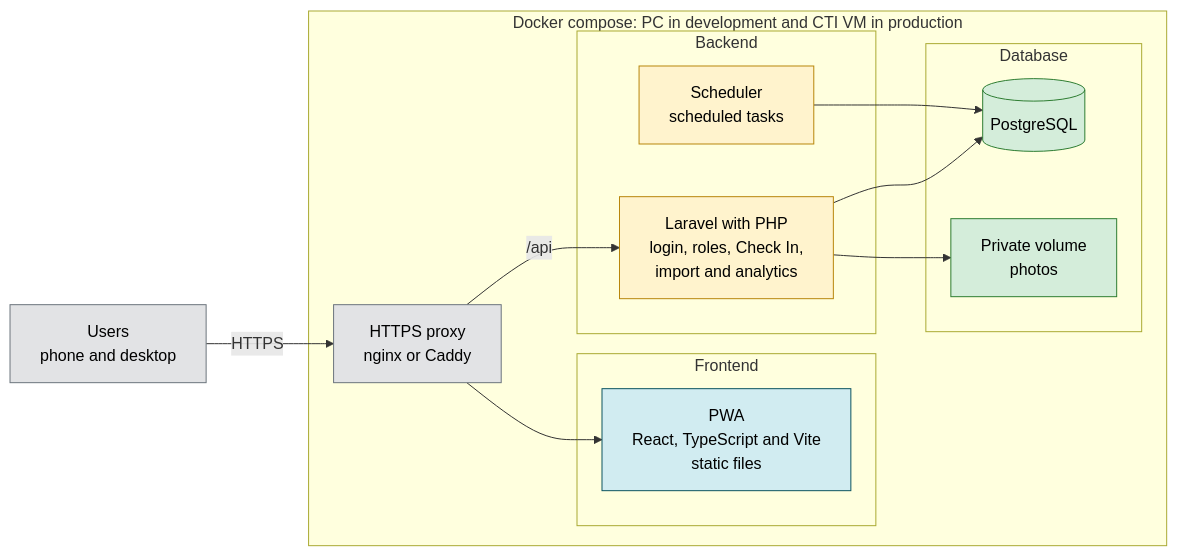
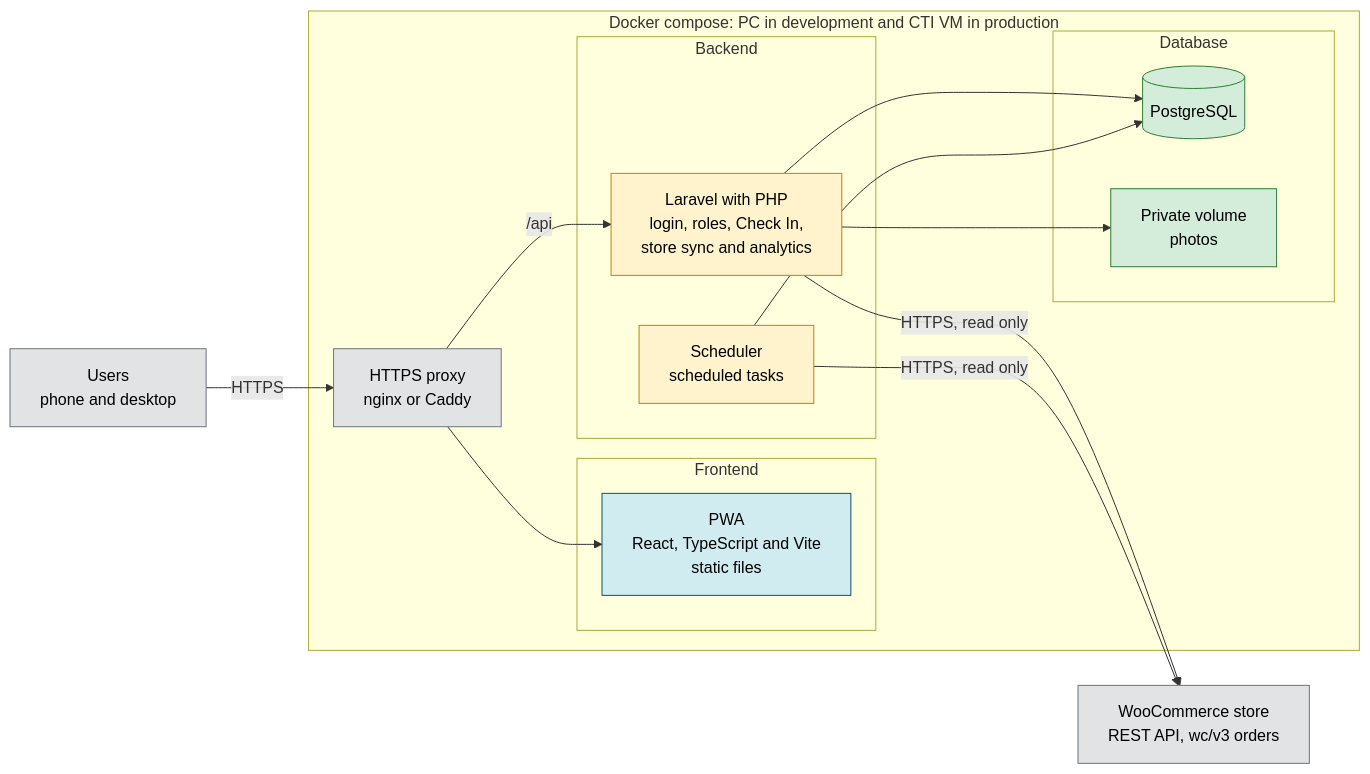
One commit to Th3-Minorities/natatorio-gym-app changed the diagram in docs/context.md. Above: the diagram before and after it, drawn with Mermaid. The commit also changed other lines of this file and 8 other files, not shown here.

Commit message:
Update the SRS and design docs for personal staff accounts, check-out, one roster, store sync and the other meeting decisions

````diff
--- a/docs/context.md
+++ b/docs/context.md
@@ -136,38 +139,42 @@
 ```mermaid
 flowchart LR
   USER["Users<br/>phone and desktop"]
 
   subgraph DOCKER["Docker compose: PC in development and CTI VM in production"]
     PX["HTTPS proxy<br/>nginx or Caddy"]
 
     subgraph FRONT["Frontend"]
       F1["PWA<br/>React, TypeScript and Vite<br/>static files"]
     end
 
     subgraph BACK["Backend"]
-      B1["Laravel with PHP<br/>login, roles, Check In,<br/>import and analytics"]
+      B1["Laravel with PHP<br/>login, roles, Check In,<br/>store sync and analytics"]
       B2["Scheduler<br/>scheduled tasks"]
     end
 
     subgraph DATA["Database"]
       D1[("PostgreSQL")]
       D2["Private volume<br/>photos"]
     end
   end
 
+  STORE["WooCommerce store<br/>REST API, wc/v3 orders"]
+
   USER -->|"HTTPS"| PX
   PX --> F1
   PX -->|"/api"| B1
   B1 --> D1
   B1 --> D2
   B2 --> D1
+  B1 -->|"HTTPS, read only"| STORE
+  B2 -->|"HTTPS, read only"| STORE
 
   classDef front fill:#d1ecf1,stroke:#0c5460,color:#000
   classDef back fill:#fff3cd,stroke:#b8860b,color:#000
   classDef data fill:#d4edda,stroke:#2e7d32,color:#000
   classDef host fill:#e2e3e5,stroke:#6c757d,color:#000
   class F1 front
   class B1,B2 back
   class D1,D2 data
-  class PX,USER host
+  class PX,USER,STORE host
 ```
````
